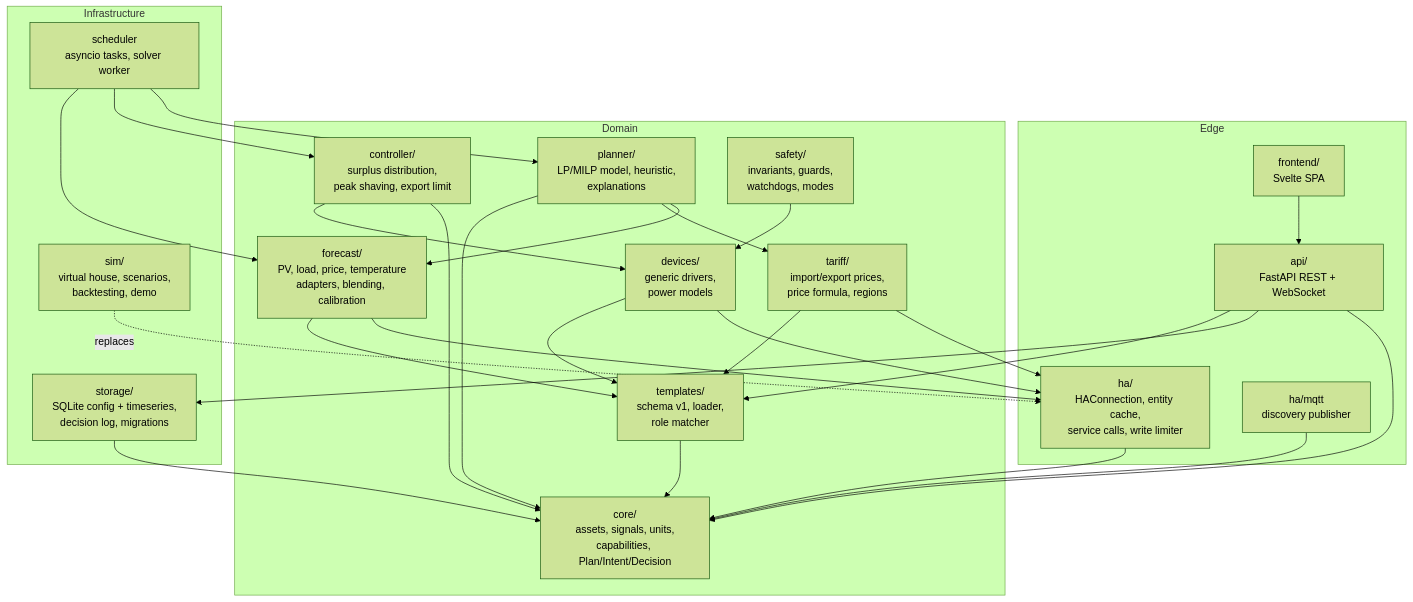
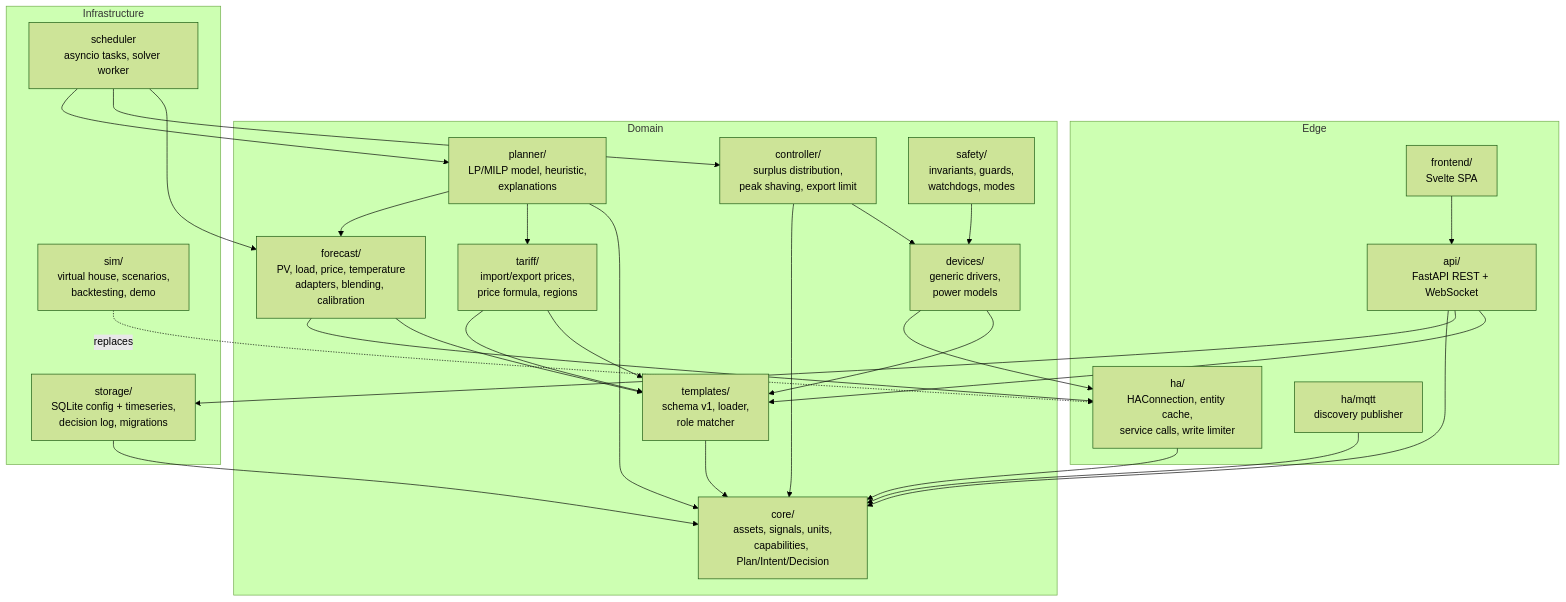
The second of 8 diagrams in docs/architecture.md (PXLJAKE/SunCore), drawn with Mermaid (forest theme) before and after one commit. The commit also changed other lines of this file and 26 other files, not shown here.

````diff
--- a/docs/architecture.md
+++ b/docs/architecture.md
@@ -42,49 +42,49 @@
 ```mermaid
 flowchart TB
     subgraph edge["Edge"]
         api["api/<br/>FastAPI REST + WebSocket"]
         frontend["frontend/<br/>Svelte SPA"]
         ha["ha/<br/>HAConnection, entity cache,<br/>service calls, write limiter"]
         mqttpub["ha/mqtt<br/>discovery publisher"]
     end
     subgraph domain["Domain"]
         core["core/<br/>assets, signals, units,<br/>capabilities, Plan/Intent/Decision"]
         forecast["forecast/<br/>PV, load, price, temperature<br/>adapters, blending, calibration"]
         tariff["tariff/<br/>import/export prices,<br/>price formula, regions"]
         planner["planner/<br/>LP/MILP model, heuristic,<br/>explanations"]
         controller["controller/<br/>surplus distribution,<br/>peak shaving, export limit"]
         safety["safety/<br/>invariants, guards,<br/>watchdogs, modes"]
         templates["templates/<br/>schema v1, loader,<br/>role matcher"]
         devices["devices/<br/>generic drivers,<br/>power models"]
     end
     subgraph infra["Infrastructure"]
         storage["storage/<br/>SQLite config + timeseries,<br/>decision log, migrations"]
         sim["sim/<br/>virtual house, scenarios,<br/>backtesting, demo"]
         sched["scheduler<br/>asyncio tasks, solver worker"]
     end
 
     frontend --> api
     api --> core
     api --> storage
     ha --> core
     forecast --> ha
-    tariff --> ha
+    tariff --> templates
     planner --> forecast
     planner --> tariff
     planner --> core
     controller --> core
     controller --> devices
     safety --> devices
     devices --> ha
     devices --> templates
     tariff --> templates
     forecast --> templates
     api --> templates
     templates --> core
     mqttpub --> core
     storage --> core
     sim -. replaces .-> ha
     sched --> planner
     sched --> controller
     sched --> forecast
 ```
````
